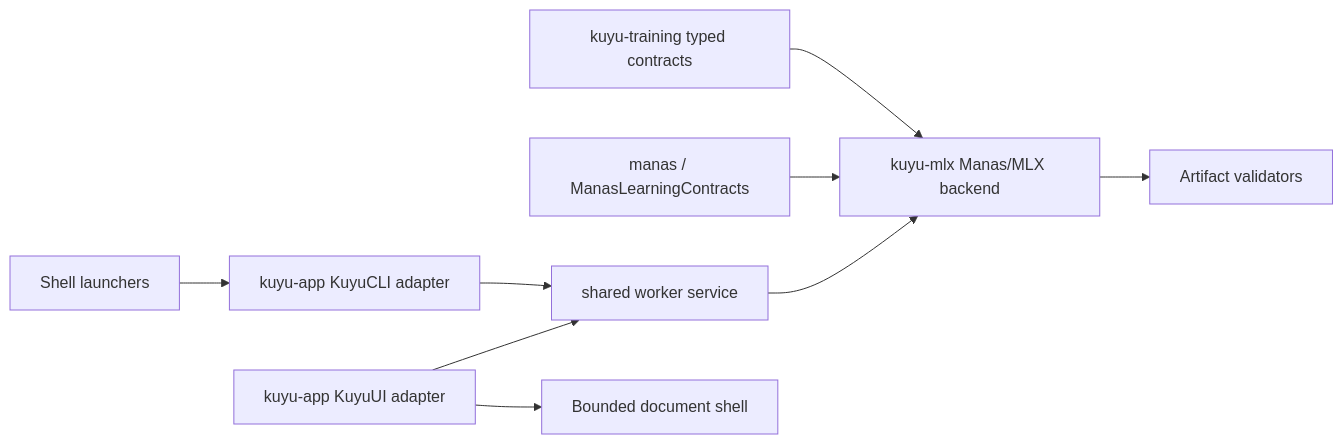
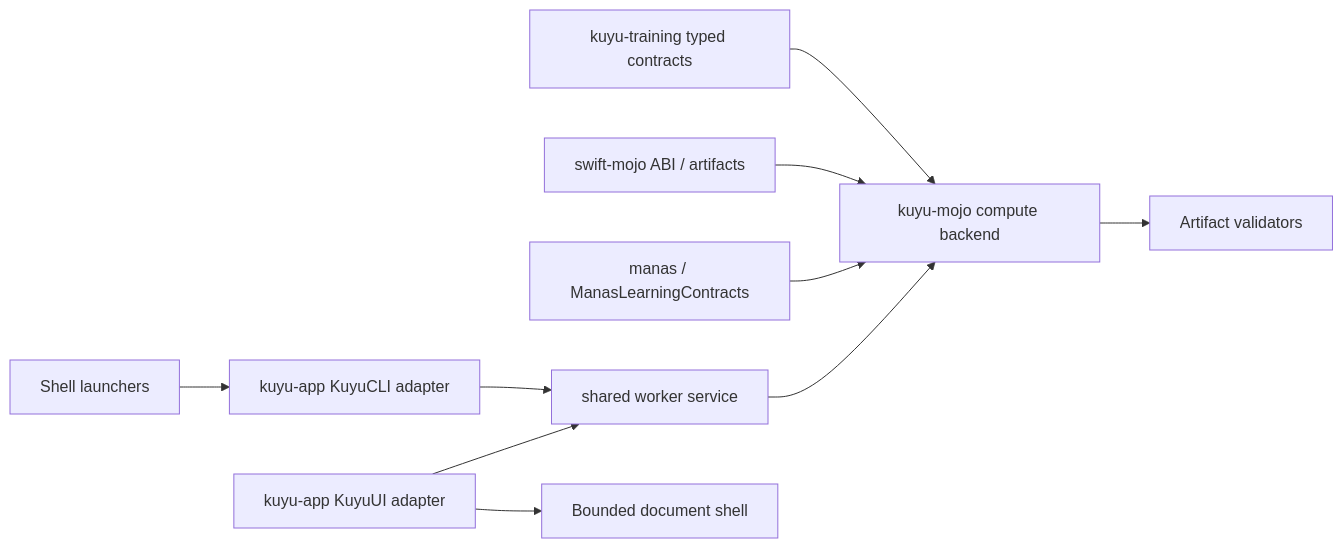
Before and after one commit to 1amageek/kuyu: the first of 2 diagrams in SPEC.md, drawn with Mermaid. The commit also changed other lines of this file and 2 other files, not shown here.

Commit message:
Define Kuyu Mojo migration contract

````diff
--- a/SPEC.md
+++ b/SPEC.md
@@ -57,11 +60,12 @@
 ```mermaid
 flowchart LR
-  A["kuyu-training typed contracts"] --> B["kuyu-mlx Manas/MLX backend"]
+  A["kuyu-training typed contracts"] --> B["kuyu-mojo compute backend"]
+  S["swift-mojo ABI / artifacts"] --> B
   M["manas / ManasLearningContracts"] --> B
   C["kuyu-app KuyuCLI adapter"] --> W["shared worker service"]
   D["kuyu-app KuyuUI adapter"] --> W
   W --> B
   D --> E["Bounded document shell"]
   B --> F["Artifact validators"]
   G["Shell launchers"] --> C
 ```
````
